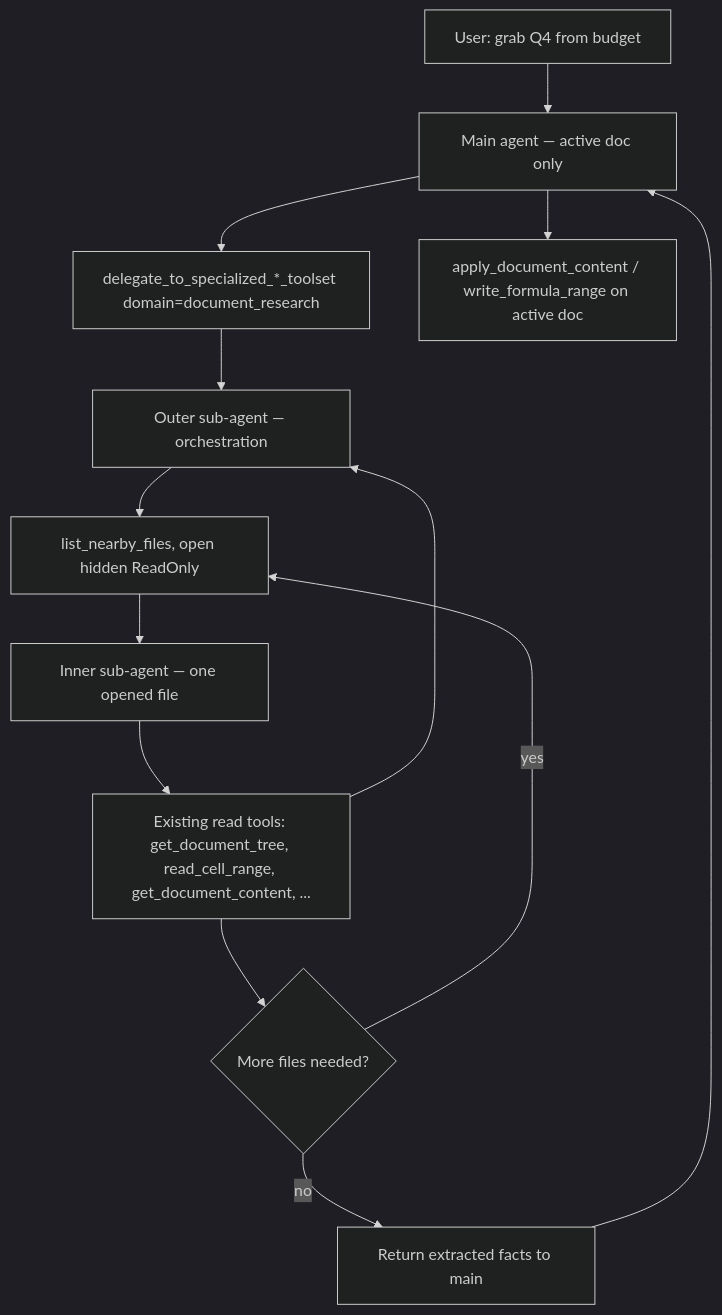
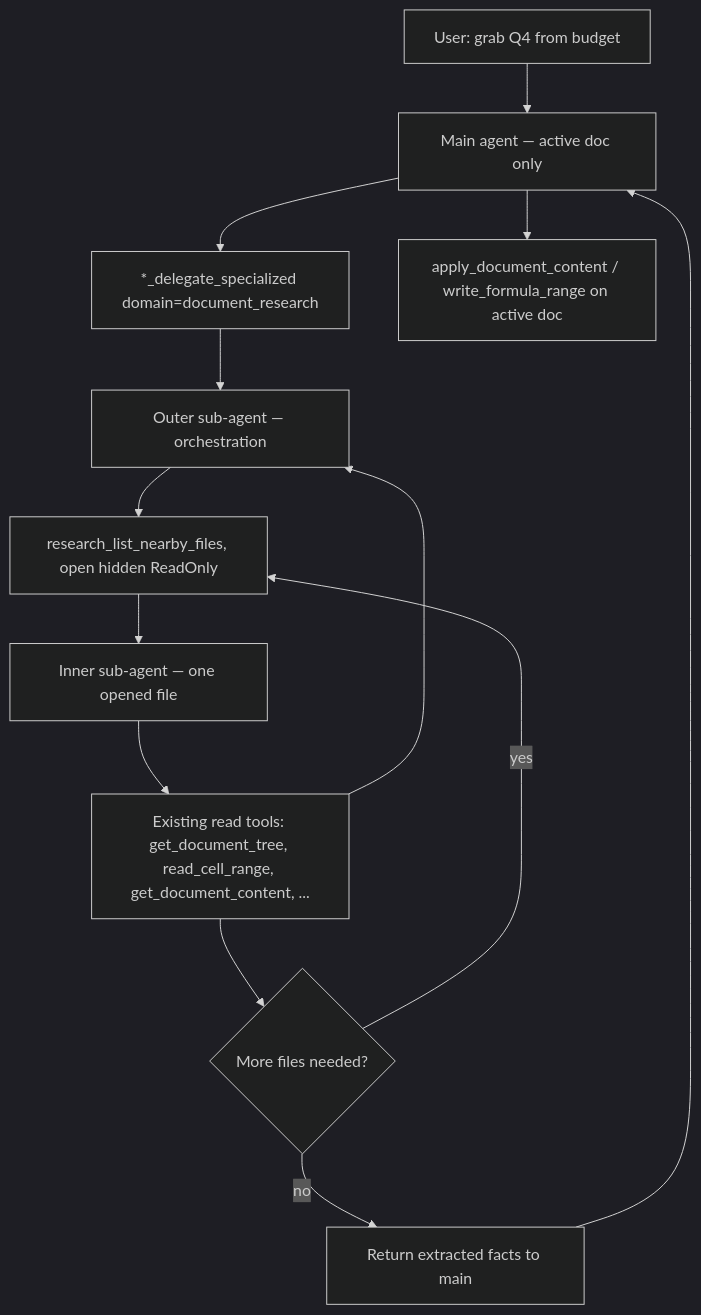
Before and after one commit to KeithCu/writeragent: the second of 3 diagrams in docs/chat/multi-document-dev-plan.md, drawn with Mermaid (dark theme). The commit also changed other lines of this file and 140 other files, not shown here.

````diff
--- a/docs/chat/multi-document-dev-plan.md
+++ b/docs/chat/multi-document-dev-plan.md
@@ -101,22 +101,22 @@
 ```mermaid
 flowchart TD
     UserMsg["User: grab Q4 from budget"]
     MainAgent["Main agent — active doc only"]
-    Delegate["delegate_to_specialized_*_toolset domain=document_research"]
+    Delegate["*_delegate_specialized domain=document_research"]
     Outer["Outer sub-agent — orchestration"]
-    ListOpen["list_nearby_files, open hidden ReadOnly"]
+    ListOpen["research_list_nearby_files, open hidden ReadOnly"]
     Inner["Inner sub-agent — one opened file"]
     ReadTools["Existing read tools: get_document_tree, read_cell_range, get_document_content, ..."]
     MoreFiles{"More files needed?"}
     OuterReturn["Return extracted facts to main"]
     WriteActive["apply_document_content / write_formula_range on active doc"]
 
     UserMsg --> MainAgent
     MainAgent --> Delegate --> Outer
     Outer --> ListOpen --> Inner
     Inner --> ReadTools --> Outer
     ReadTools --> MoreFiles
     MoreFiles -->|yes| ListOpen
     MoreFiles -->|no| OuterReturn --> MainAgent
     MainAgent --> WriteActive
 ```
````
